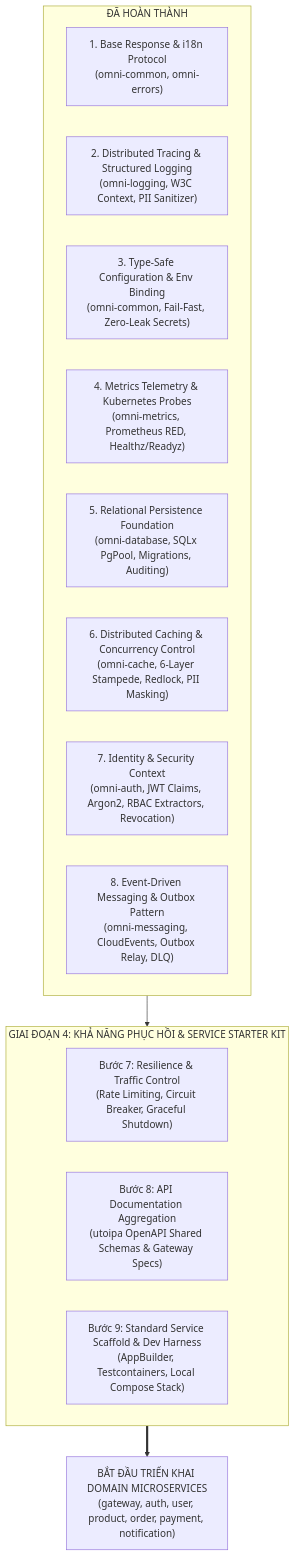
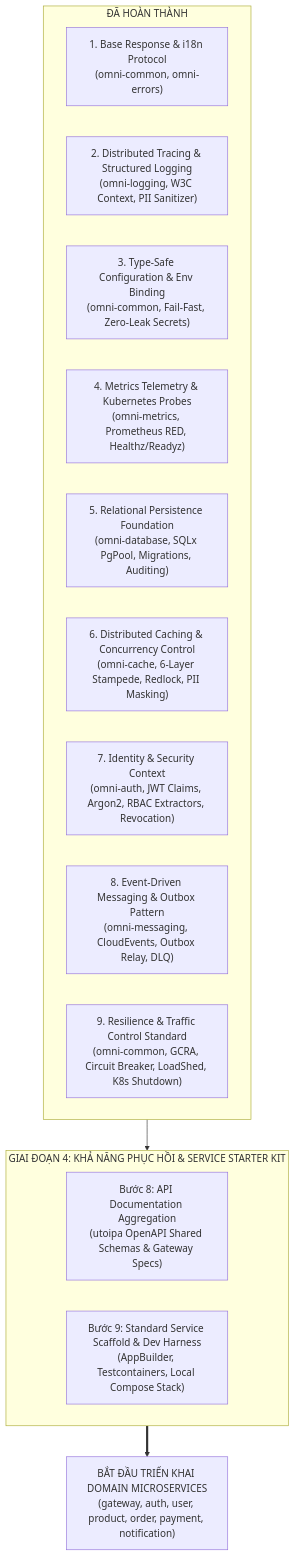
The diagram in RoadMap.md (NQHxDev/OmniKubernetes), drawn with Mermaid before and after one commit. The commit also changed other lines of this file and 24 other files, not shown here.

Commit message:
feat: implement enterprise resilience and traffic control engine

````diff
--- a/RoadMap.md
+++ b/RoadMap.md
@@ -43,22 +44,22 @@
 ```mermaid
 flowchart TD
     subgraph Done["ĐÃ HOÀN THÀNH"]
         M01["1. Base Response & i18n Protocol<br/>(omni-common, omni-errors)"]
         M02["2. Distributed Tracing & Structured Logging<br/>(omni-logging, W3C Context, PII Sanitizer)"]
         M03["3. Type-Safe Configuration & Env Binding<br/>(omni-common, Fail-Fast, Zero-Leak Secrets)"]
         M04["4. Metrics Telemetry & Kubernetes Probes<br/>(omni-metrics, Prometheus RED, Healthz/Readyz)"]
         M05["5. Relational Persistence Foundation<br/>(omni-database, SQLx PgPool, Migrations, Auditing)"]
         M06["6. Distributed Caching & Concurrency Control<br/>(omni-cache, 6-Layer Stampede, Redlock, PII Masking)"]
         M07["7. Identity & Security Context<br/>(omni-auth, JWT Claims, Argon2, RBAC Extractors, Revocation)"]
         M08["8. Event-Driven Messaging & Outbox Pattern<br/>(omni-messaging, CloudEvents, Outbox Relay, DLQ)"]
+        M09["9. Resilience & Traffic Control Standard<br/>(omni-common, GCRA, Circuit Breaker, LoadShed, K8s Shutdown)"]
     end
 
     subgraph Phase4["GIAI ĐOẠN 4: KHẢ NĂNG PHỤC HỒI & SERVICE STARTER KIT"]
-        P7["Bước 7: Resilience & Traffic Control<br/>(Rate Limiting, Circuit Breaker, Graceful Shutdown)"]
         P8["Bước 8: API Documentation Aggregation<br/>(utoipa OpenAPI Shared Schemas & Gateway Specs)"]
         P9["Bước 9: Standard Service Scaffold & Dev Harness<br/>(AppBuilder, Testcontainers, Local Compose Stack)"]
     end
 
     Done --> Phase4
     Phase4 ==> Target["BẮT ĐẦU TRIỂN KHAI DOMAIN MICROSERVICES<br/>(gateway, auth, user, product, order, payment, notification)"]
 ```
````
